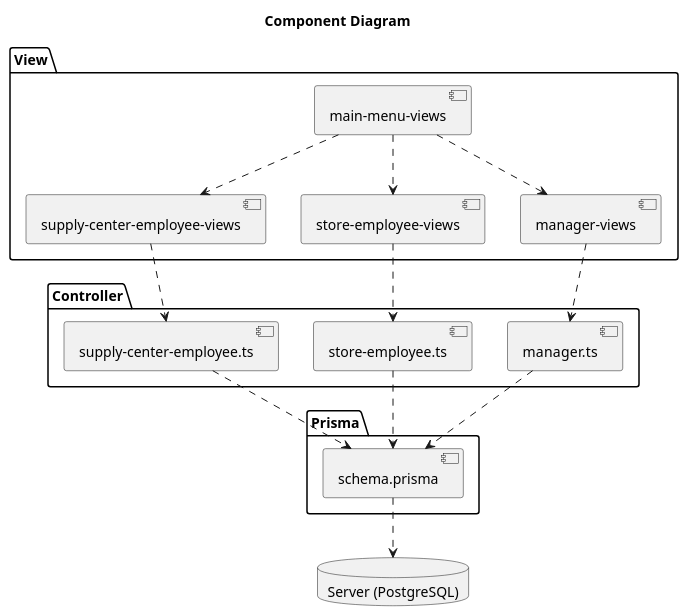
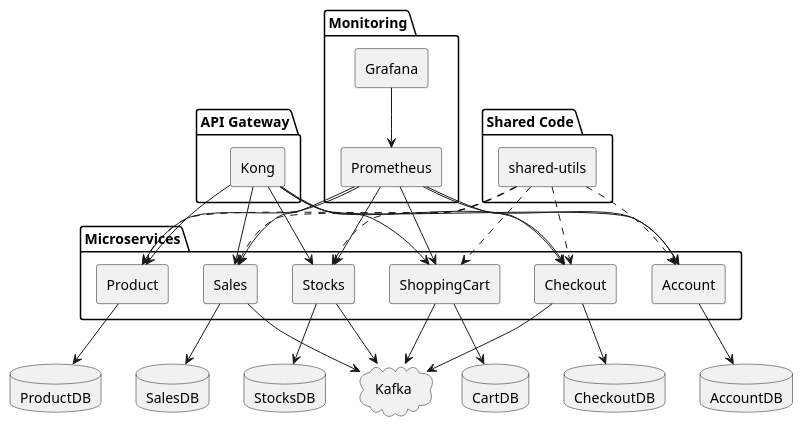
The third of 20 diagrams in docs/rapport.md (ThePhobosDeimosSuite/laboratoire-0_log430), drawn with PlantUML before and after one commit. The commit also changed other lines of this file and 21 other files, not shown here.

```diff
--- a/docs/rapport.md
+++ b/docs/rapport.md
@@ -129,34 +297,73 @@
 @startuml component
-title Component Diagram
-package "Controller" {
-    component "manager.ts" as manager
-    component "store-employee.ts" as storeEmployee
-    component "supply-center-employee.ts" as supplyCenterEmployee
+skinparam componentStyle rectangle
+skinparam defaultTextAlignment center
+
+package "API Gateway" {
+  [Kong]
 }
 
-package "View" {
-    component "manager-views" as managerView
-    component "store-employee-views" as storeEmployeeView
-    component "supply-center-employee-views" as supplyCenterEmployeeView
-    component "main-menu-views" as mainMenuView
+package "Monitoring" {
+  [Prometheus]
+  [Grafana]
 }
 
-package "Prisma" {
-    component schema.prisma
+package "Shared Code" {
+  [shared-utils] as SharedUtils
 }
 
-database "Server (PostgreSQL)" as Server
+cloud "Kafka" {
+}
 
-schema.prisma ..> Server
+package "Microservices" {
+  component Product
+  component Sales
+  component Stocks
+  component Account
+  component ShoppingCart
+  component Checkout
+}
 
-supplyCenterEmployeeView ..> supplyCenterEmployee
-managerView ..> manager
-storeEmployeeView ..> storeEmployee
-storeEmployee ..> schema.prisma
-manager ..> schema.prisma
-supplyCenterEmployee ..> schema.prisma
-mainMenuView ..> storeEmployeeView
-mainMenuView ..> managerView
-mainMenuView ..> supplyCenterEmployeeView
+database "ProductDB" as dbProduct
+database "SalesDB" as dbSales
+database "StocksDB" as dbStocks
+database "AccountDB" as dbAccount
+database "CartDB" as dbCart
+database "CheckoutDB" as dbCheckout
+
+
+Kong --> Product
+Kong --> Sales
+Kong --> Stocks
+Kong --> Account
+Kong --> ShoppingCart
+Kong --> Checkout
+
+SharedUtils ..> Product
+SharedUtils ..> Sales
+SharedUtils ..> Stocks
+SharedUtils ..> Account
+SharedUtils ..> ShoppingCart
+SharedUtils ..> Checkout
+
+Product --> dbProduct
+Sales --> dbSales
+Stocks --> dbStocks
+Account --> dbAccount
+ShoppingCart --> dbCart
+Checkout --> dbCheckout
+
+Sales --> Kafka
+Stocks --> Kafka
+ShoppingCart --> Kafka
+Checkout --> Kafka
+
+Prometheus --> Product
+Prometheus --> Sales
+Prometheus --> Stocks
+Prometheus --> Account
+Prometheus --> ShoppingCart
+Prometheus --> Checkout
+
+Grafana --> Prometheus
 
 @enduml
```
